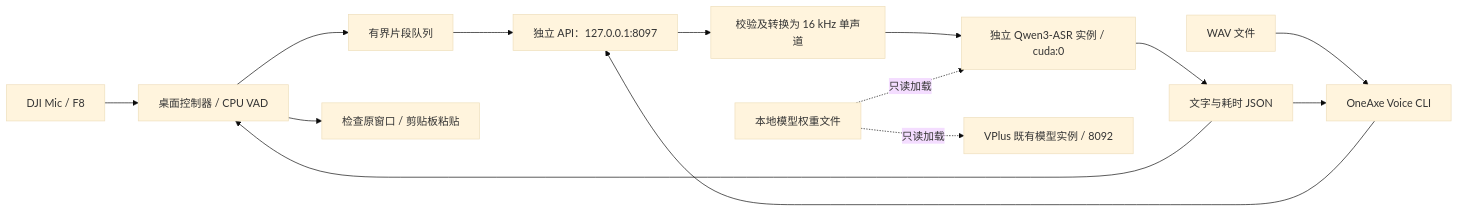
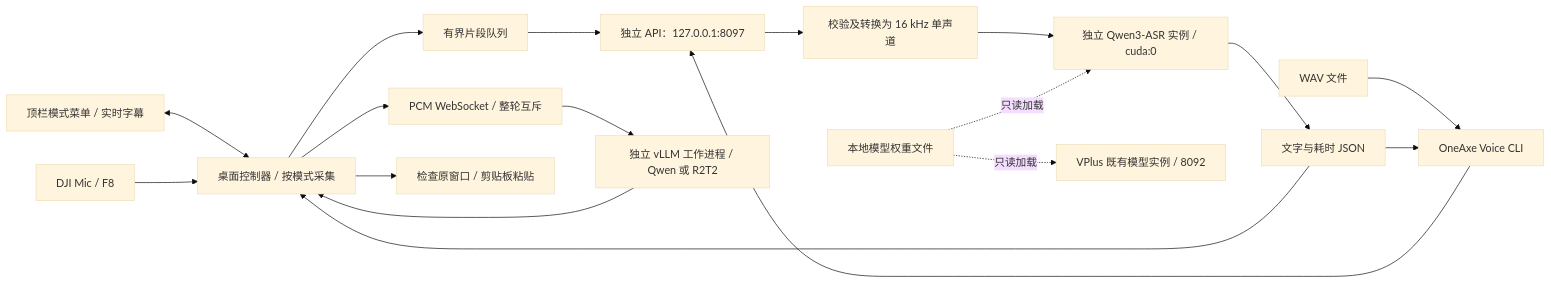
Before and after one commit to insky2017/oneaxe-voice: the diagram in docs/architecture.md, drawn with Mermaid (base theme). The commit also changed other lines of this file and 47 other files, not shown here.

````diff
--- a/docs/architecture.md
+++ b/docs/architecture.md
@@ -5,16 +5,20 @@
 ```mermaid
 flowchart LR
-    M[DJI Mic / F8] --> K[桌面控制器 / CPU VAD]
+    T[顶栏模式菜单 / 实时字幕] <--> K
+    M[DJI Mic / F8] --> K[桌面控制器 / 按模式采集]
     K --> Q[有界片段队列]
     Q --> C
+    K --> S[PCM WebSocket / 整轮互斥]
+    S --> R[独立 vLLM 工作进程 / Qwen 或 R2T2]
+    R --> K
     A[WAV 文件] --> B[OneAxe Voice CLI]
     B --> C[独立 API：127.0.0.1:8097]
     C --> D[校验及转换为 16 kHz 单声道]
     D --> E[独立 Qwen3-ASR 实例 / cuda:0]
     E --> F[文字与耗时 JSON]
     F --> B
     F --> K
     K --> P[检查原窗口 / 剪贴板粘贴]
     W[本地模型权重文件] -.只读加载.-> E
     W -.只读加载.-> V[VPlus 既有模型实例 / 8092]
 ```
````
